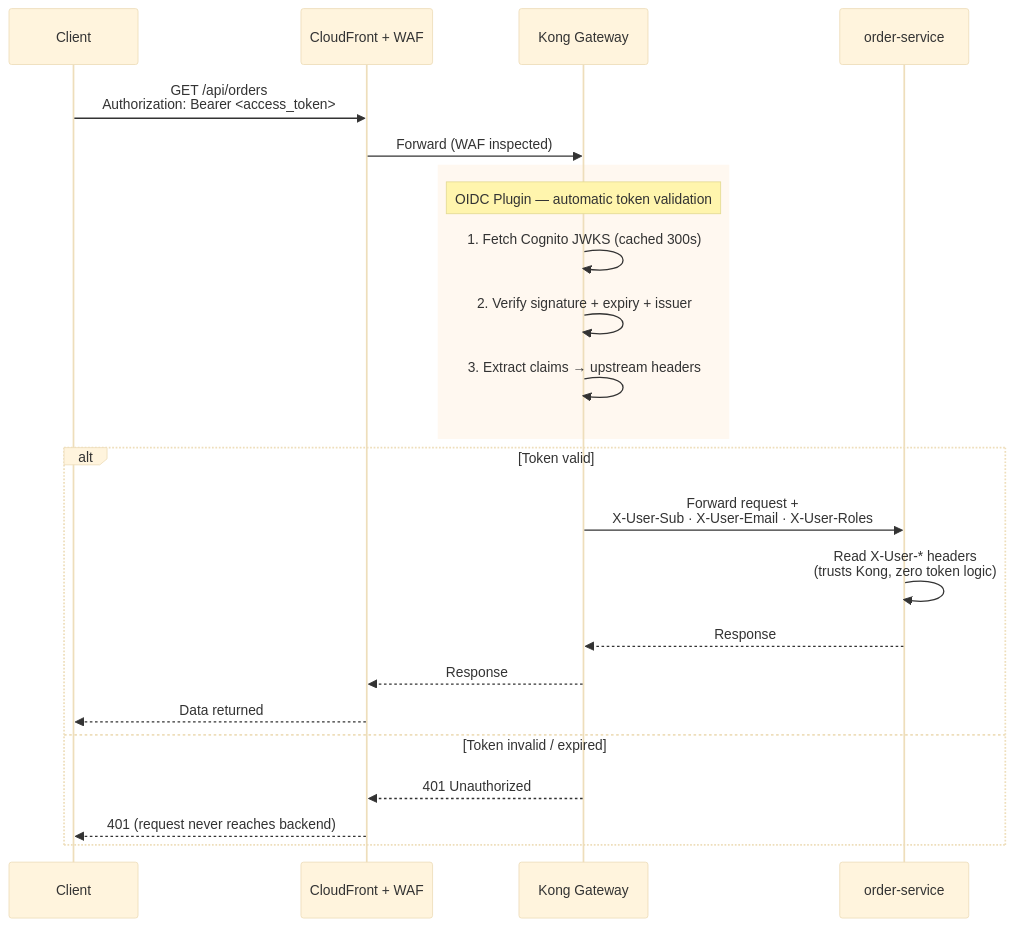
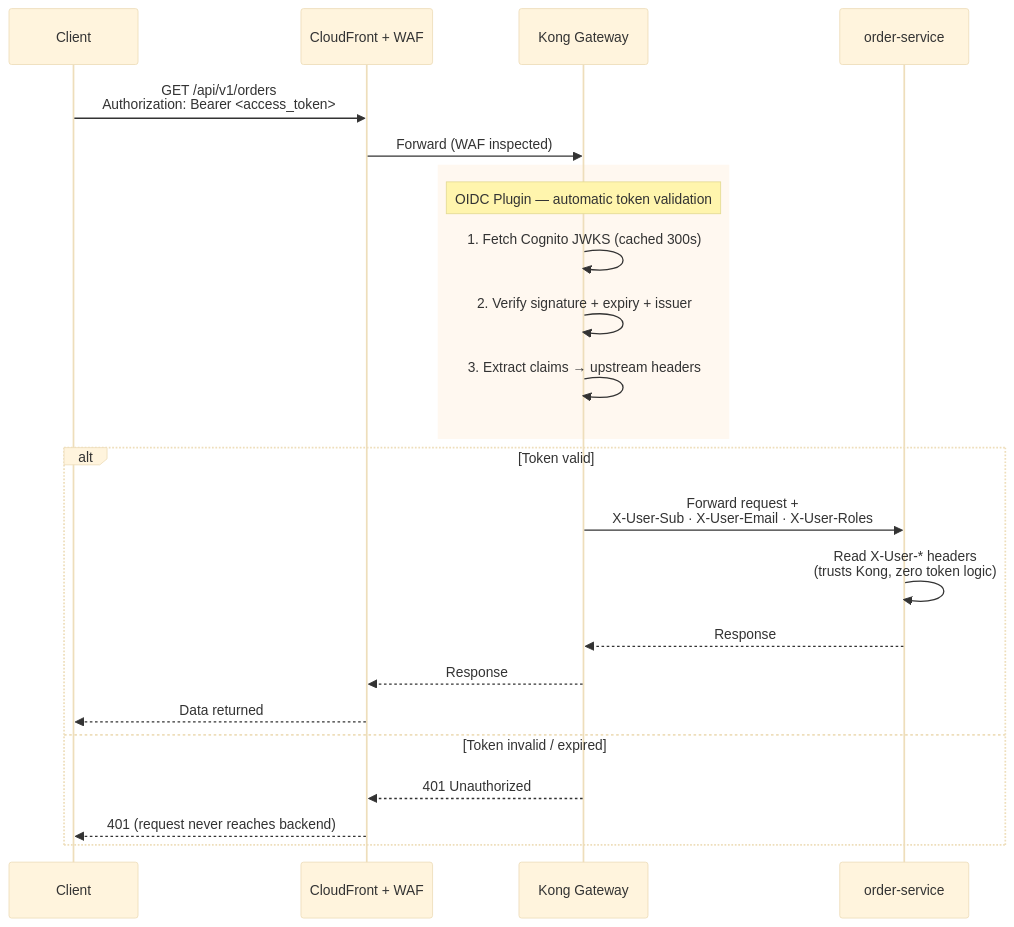
Before and after one commit to shanaka-versent/munchgo-aws-iac: diagram 11 of 20 in README.md, drawn with Mermaid (base theme). The commit also changed other lines of this file, not shown here.

First line of the commit message:
Update README — fix API paths, add sagas route, reflect automation

````diff
--- a/README.md
+++ b/README.md
@@ -610,28 +612,28 @@
 ```mermaid
 sequenceDiagram
     participant C as Client
     participant CF as CloudFront + WAF
     participant Kong as Kong Gateway
     participant Svc as order-service
 
-    C->>CF: GET /api/orders<br/>Authorization: Bearer <access_token>
+    C->>CF: GET /api/v1/orders<br/>Authorization: Bearer <access_token>
     CF->>Kong: Forward (WAF inspected)
 
     rect rgb(255, 248, 240)
         Note over Kong: OIDC Plugin — automatic token validation
         Kong->>Kong: 1. Fetch Cognito JWKS (cached 300s)
         Kong->>Kong: 2. Verify signature + expiry + issuer
         Kong->>Kong: 3. Extract claims → upstream headers
     end
 
     alt Token valid
         Kong->>Svc: Forward request +<br/>X-User-Sub · X-User-Email · X-User-Roles
         Svc->>Svc: Read X-User-* headers<br/>(trusts Kong, zero token logic)
         Svc-->>Kong: Response
         Kong-->>CF: Response
         CF-->>C: Data returned
     else Token invalid / expired
         Kong-->>CF: 401 Unauthorized
         CF-->>C: 401 (request never reaches backend)
     end
 ```
````
